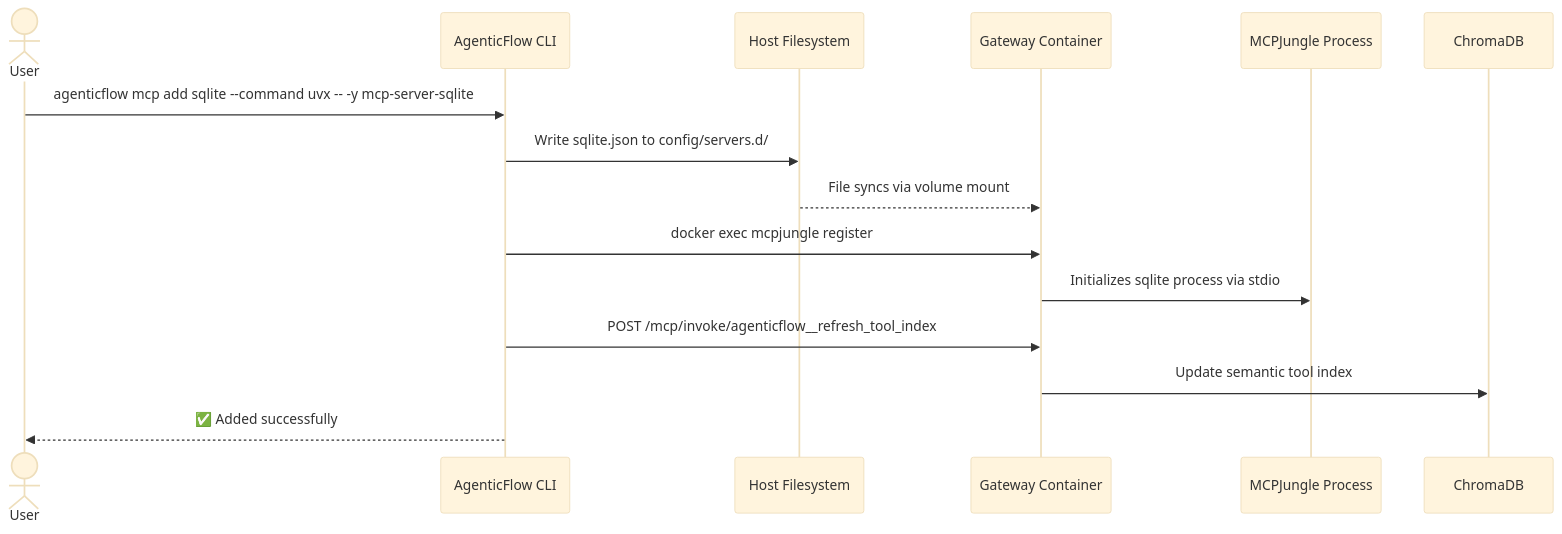
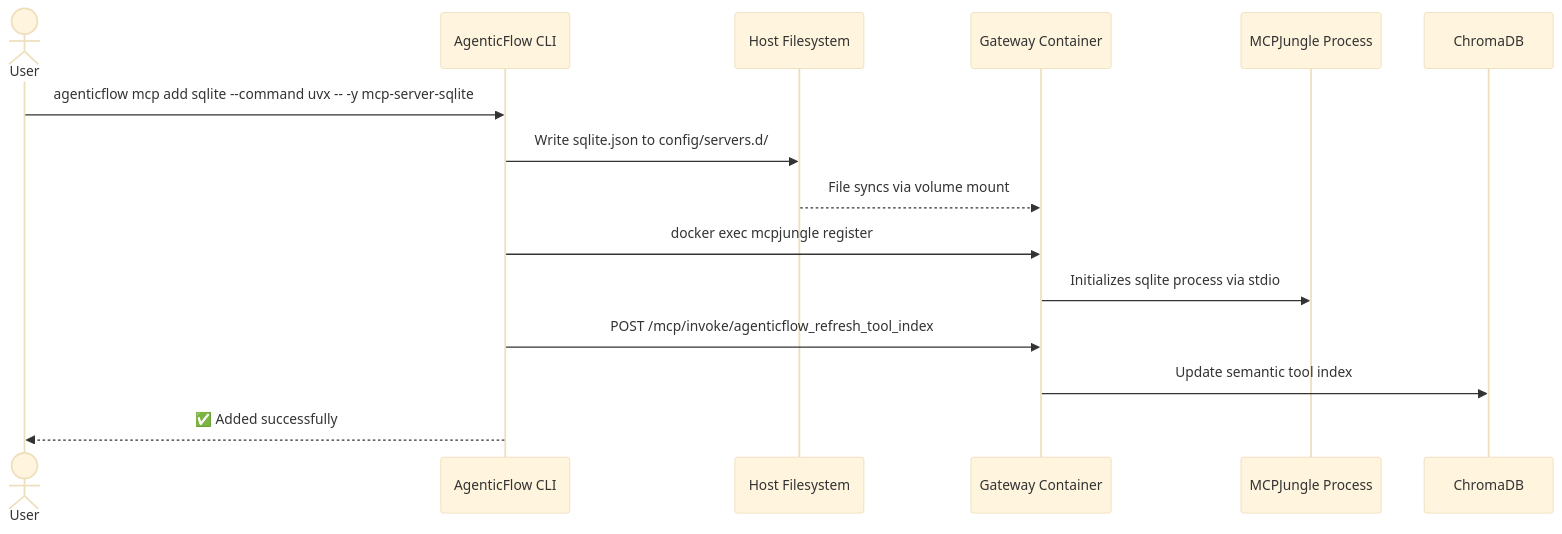
One commit to thomasvanwijk/agenticflow changed the second of 2 diagrams in docs/mcp-gateway-architecture.md. Above: the diagram before and after it, drawn with Mermaid (base theme). The commit also changed other lines of this file and 10 other files, not shown here.

````diff
--- a/docs/mcp-gateway-architecture.md
+++ b/docs/mcp-gateway-architecture.md
@@ -32,18 +32,18 @@
 ```mermaid
 sequenceDiagram
     actor User
     participant CLI as AgenticFlow CLI
     participant Host as Host Filesystem
     participant Docker as Gateway Container
     participant MCP as MCPJungle Process
     participant Vector as ChromaDB
 
     User->>CLI: agenticflow mcp add sqlite --command uvx -- -y mcp-server-sqlite
     CLI->>Host: Write sqlite.json to config/servers.d/
     Host-->>Docker: File syncs via volume mount
     CLI->>Docker: docker exec mcpjungle register
     Docker->>MCP: Initializes sqlite process via stdio
-    CLI->>Docker: POST /mcp/invoke/agenticflow__refresh_tool_index
+    CLI->>Docker: POST /mcp/invoke/agenticflow_refresh_tool_index
     Docker->>Vector: Update semantic tool index
     CLI-->>User: ✅ Added successfully
 ```
````
